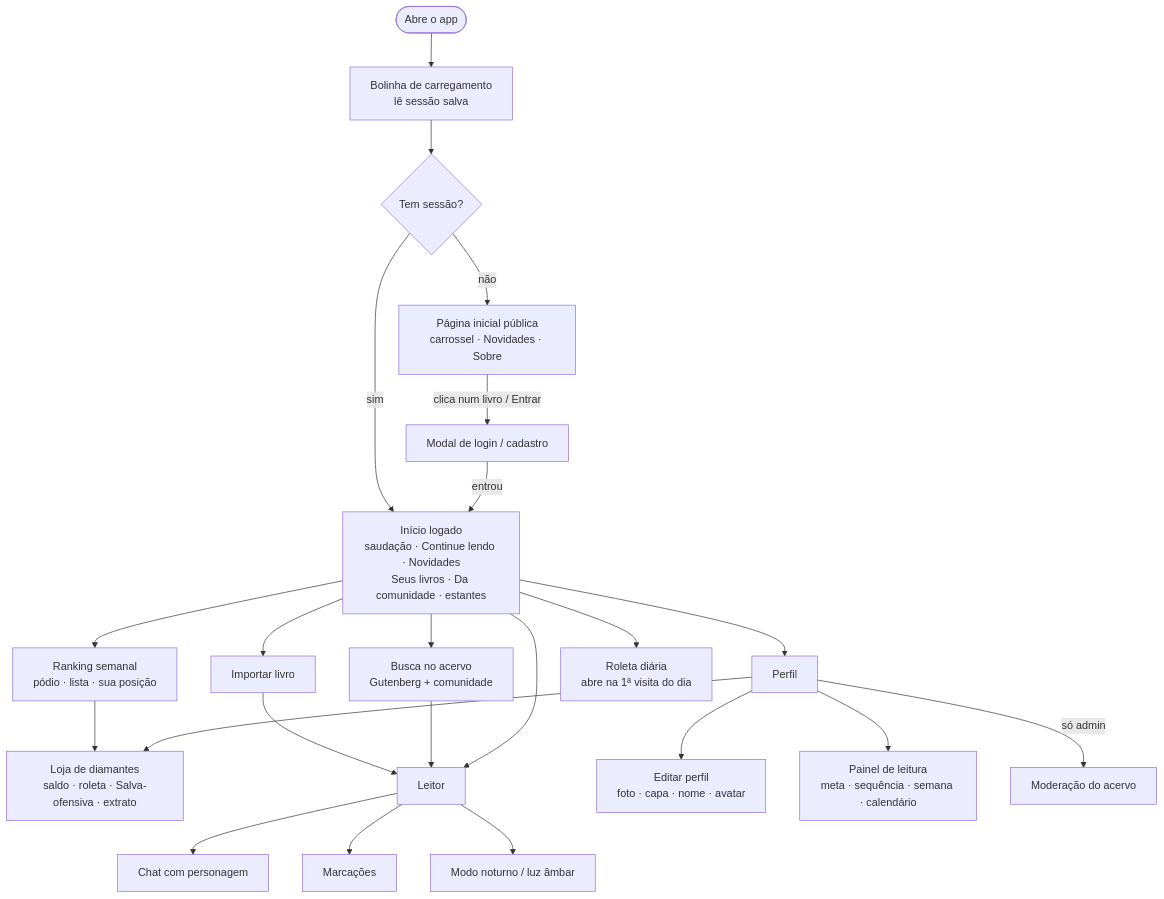
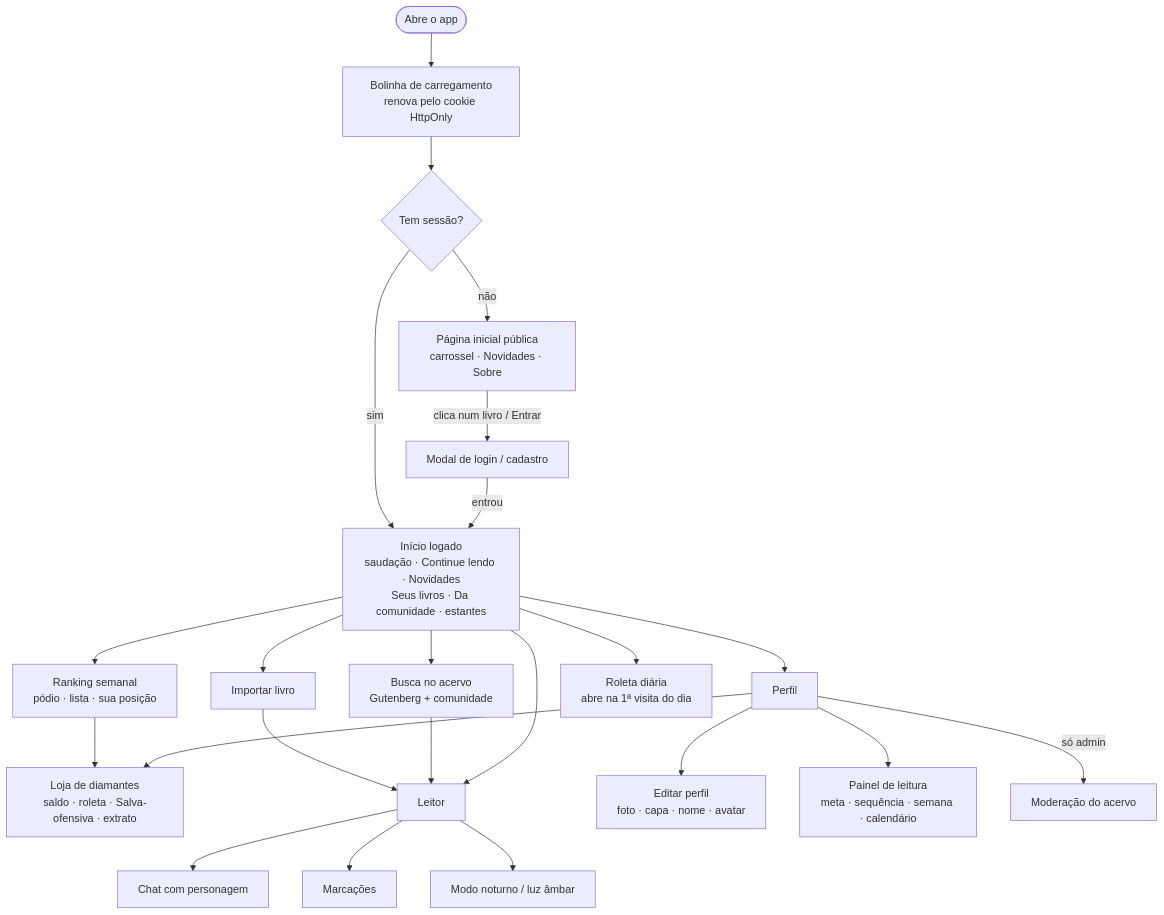
One commit to axyonsoftwarehouse/story-verse-web changed the second of 14 diagrams in docs/ARQUITETURA.md. Above: the diagram before and after it, drawn with Mermaid. The commit also changed other lines of this file and 23 other files, not shown here.

````diff
--- a/docs/ARQUITETURA.md
+++ b/docs/ARQUITETURA.md
@@ -83,30 +83,30 @@
 ```mermaid
 flowchart TD
-  START([Abre o app]) --> LOAD[Bolinha de carregamento<br/>lê sessão salva]
+  START([Abre o app]) --> LOAD[Bolinha de carregamento<br/>renova pelo cookie HttpOnly]
   LOAD --> LOGGED{Tem sessão?}
 
   LOGGED -- não --> LAND[Página inicial pública<br/>carrossel · Novidades · Sobre]
   LAND -->|clica num livro / Entrar| AUTHM[Modal de login / cadastro]
   AUTHM -->|entrou| HOME
 
   LOGGED -- sim --> HOME[Início logado<br/>saudação · Continue lendo · Novidades<br/>Seus livros · Da comunidade · estantes]
 
   HOME --> SEARCH[Busca no acervo<br/>Gutenberg + comunidade]
   HOME --> IMPORT[Importar livro]
   HOME --> PROFILE[Perfil]
   HOME --> RANK[Ranking semanal<br/>pódio · lista · sua posição]
   PROFILE --> SHOP[Loja de diamantes<br/>saldo · roleta · Salva-ofensiva · extrato]
   HOME --> SPIN[Roleta diária<br/>abre na 1ª visita do dia]
   RANK --> SHOP
   HOME --> READER[Leitor]
   SEARCH --> READER
   IMPORT --> READER
 
   READER --> CHAT[Chat com personagem]
   READER --> HL[Marcações]
   READER --> NIGHT[Modo noturno / luz âmbar]
 
   PROFILE --> EDIT[Editar perfil<br/>foto · capa · nome · avatar]
   PROFILE --> DASH[Painel de leitura<br/>meta · sequência · semana · calendário]
   PROFILE -->|só admin| MOD[Moderação do acervo]
 ```
````
